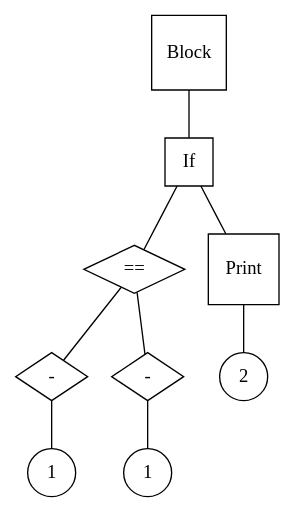
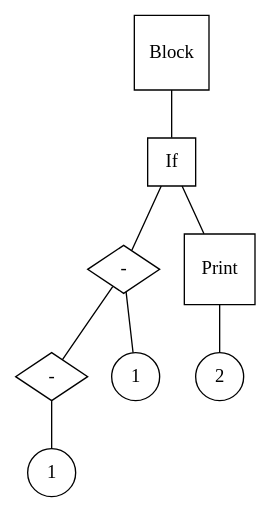
Before and after one commit to cemmanuelsr/compiler: the diagram in graphs/dot/test_7.dot, drawn with Graphviz. The commit also changed 27 other files, not shown here.

```diff
--- a/graphs/dot/test_7.dot
+++ b/graphs/dot/test_7.dot
@@ -1,15 +1,14 @@
 graph g {
 n0 [label = "Block", shape="square"]
 n1 [label = "If", shape="square"]
-n2 [label = "==", shape="diamond"]
+n2 [label = "-", shape="diamond"]
 n3 [label = "-", shape="diamond"]
 n4 [label = "1", shape="circle"]
-n5 [label = "-", shape="diamond"]
-n6 [label = "1", shape="circle"]
-n7 [label = "Print", shape="square"]
-n8 [label = "2", shape="circle"]
+n5 [label = "1", shape="circle"]
+n6 [label = "Print", shape="square"]
+n7 [label = "2", shape="circle"]
 
 "n0" -- "n1" -- "n2" -- "n3" -- "n4"
-"n2" -- "n5" -- "n6"
-"n1" -- "n7" -- "n8"
+"n2" -- "n5"
+"n1" -- "n6" -- "n7"
 }
```
